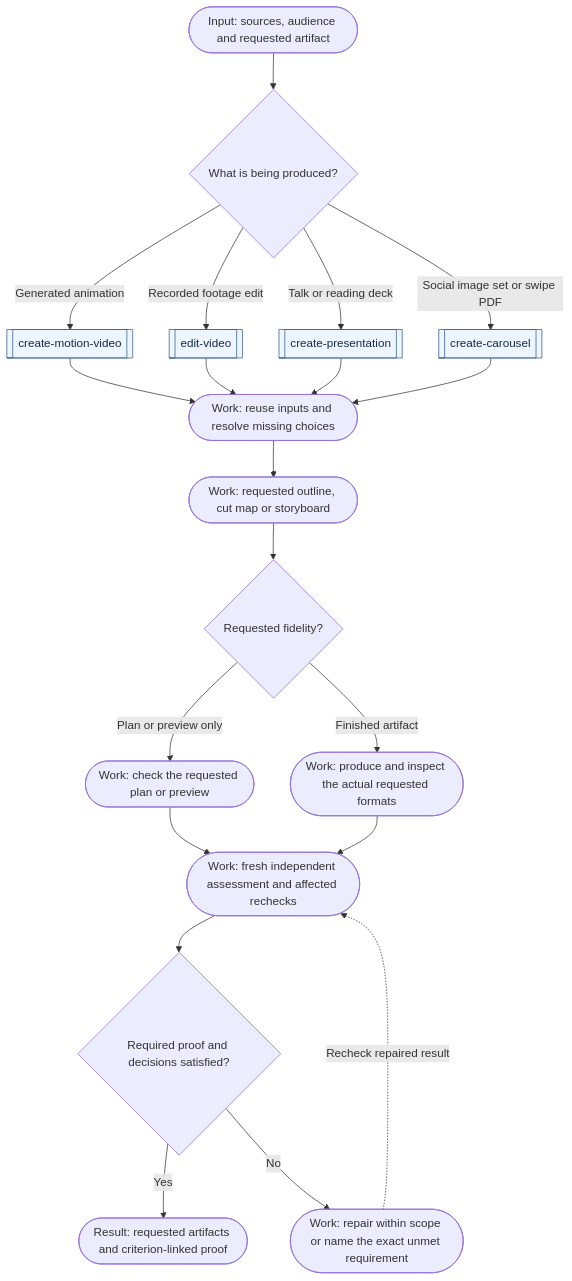
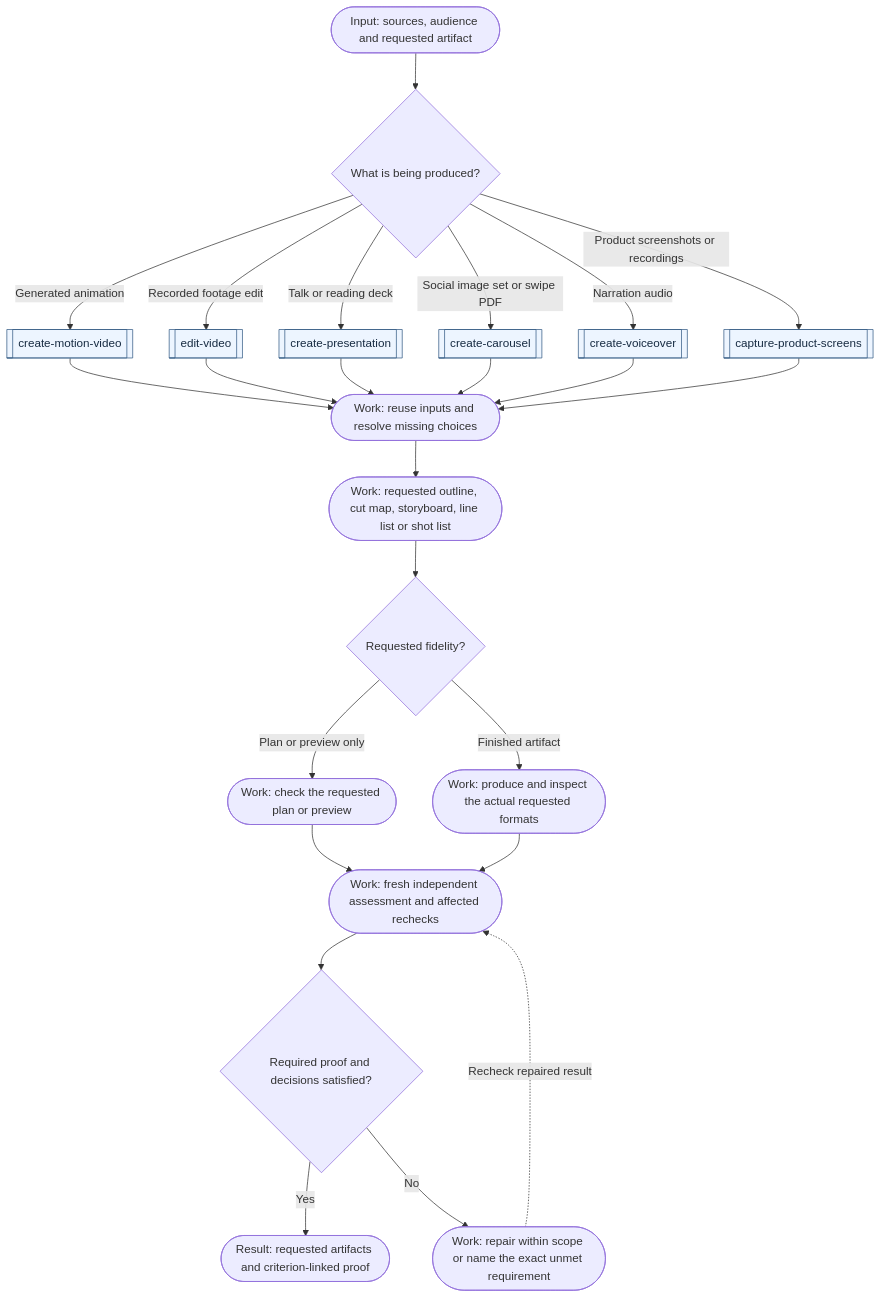
Before and after one commit to bobalazek/skills: the sixth of 9 diagrams in docs/workflows.md, drawn with Mermaid. The commit also changed other lines of this file and 23 other files, not shown here.

First line of the commit message:
feat(media): add voice-over and product-capture skills with craft guides (#37)

````diff
--- a/docs/workflows.md
+++ b/docs/workflows.md
@@ -283,24 +288,28 @@
 ```mermaid
 flowchart TD
   Request(["Input: sources, audience and requested artifact"]) --> Kind{"What is being produced?"}
   Kind -->|Generated animation| Motion[["create-motion-video"]]
   Kind -->|Recorded footage edit| Edit[["edit-video"]]
   Kind -->|Talk or reading deck| Deck[["create-presentation"]]
   Kind -->|Social image set or swipe PDF| Carousel[["create-carousel"]]
+  Kind -->|Narration audio| Voice[["create-voiceover"]]
+  Kind -->|Product screenshots or recordings| Capture[["capture-product-screens"]]
   Motion --> Brief(["Work: reuse inputs and resolve missing choices"])
   Edit --> Brief
   Deck --> Brief
   Carousel --> Brief
-  Brief --> Plan(["Work: requested outline, cut map or storyboard"])
+  Voice --> Brief
+  Capture --> Brief
+  Brief --> Plan(["Work: requested outline, cut map, storyboard, line list or shot list"])
   Plan --> Scope{"Requested fidelity?"}
   Scope -->|Plan or preview only| Preview(["Work: check the requested plan or preview"])
   Scope -->|Finished artifact| Build(["Work: produce and inspect the actual requested formats"])
   Preview --> Assess(["Work: fresh independent assessment and affected rechecks"])
   Build --> Assess
   Assess --> Pass{"Required proof and decisions satisfied?"}
   Pass -->|Yes| Done(["Result: requested artifacts and criterion-linked proof"])
   Pass -->|No| Gap(["Work: repair within scope or name the exact unmet requirement"])
   Gap -. "Recheck repaired result" .-> Assess
   classDef skill fill:#edf5ff,stroke:#355b85,color:#172b42;
-  class Motion,Edit,Deck,Carousel skill;
+  class Motion,Edit,Deck,Carousel,Voice,Capture skill;
 ```
````
